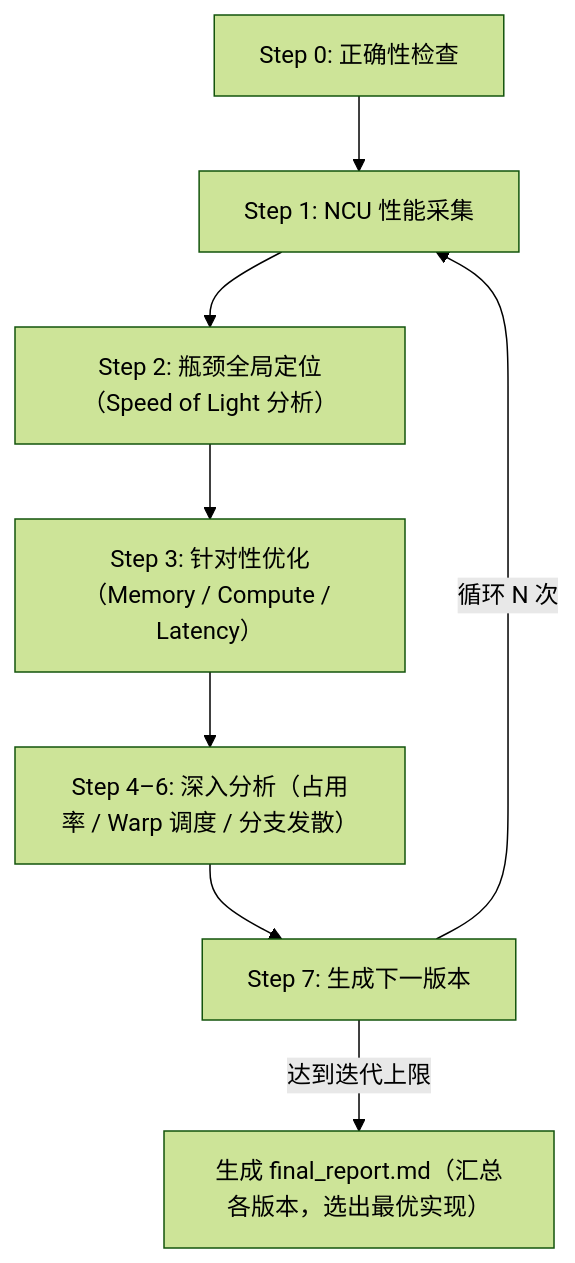
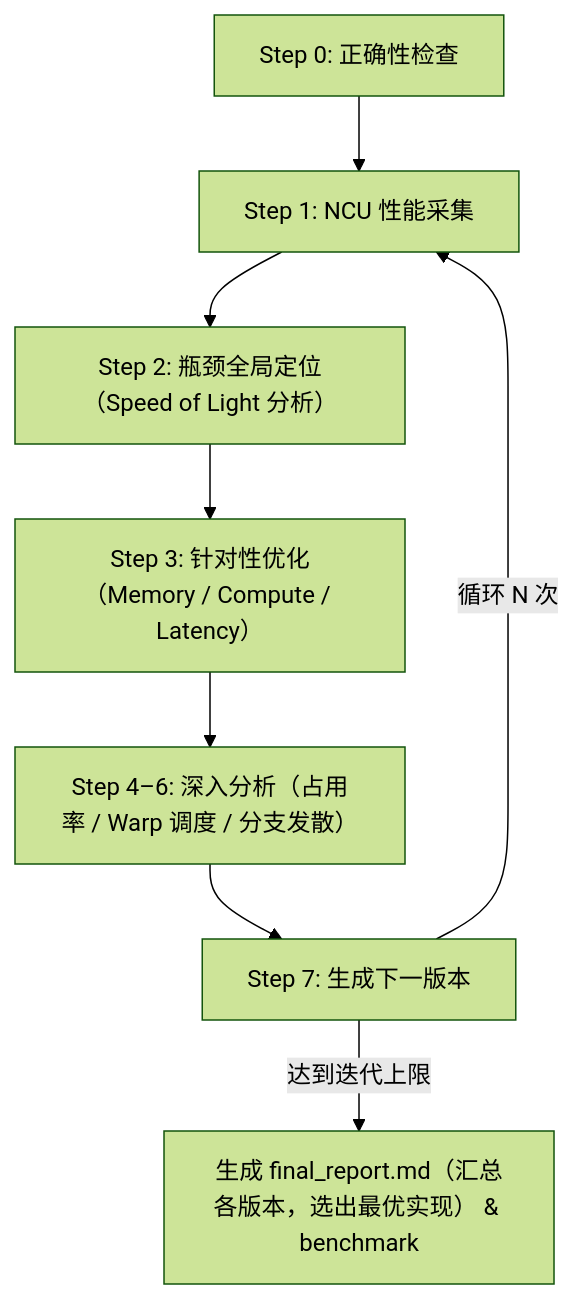
The diagram in README-zh.md (fmh66/kernel-opt-skill), drawn with Mermaid (forest theme) before and after one commit. The commit also changed other lines of this file and 16 other files, not shown here.

````diff
--- a/README-zh.md
+++ b/README-zh.md
@@ -41,10 +42,10 @@
 ```mermaid
 flowchart TD
     A[Step 0: 正确性检查] --> B[Step 1: NCU 性能采集]
     B --> C["Step 2: 瓶颈全局定位（Speed of Light 分析）"]
     C --> D["Step 3: 针对性优化（Memory / Compute / Latency）"]
     D --> E["Step 4–6: 深入分析（占用率 / Warp 调度 / 分支发散）"]
     E --> F[Step 7: 生成下一版本]
     F -->|循环 N 次| B
-    F -->|达到迭代上限| G["生成 final_report.md（汇总各版本，选出最优实现）"]
+    F -->|达到迭代上限| G["生成 final_report.md（汇总各版本，选出最优实现） & benchmark"]
 ```
````
